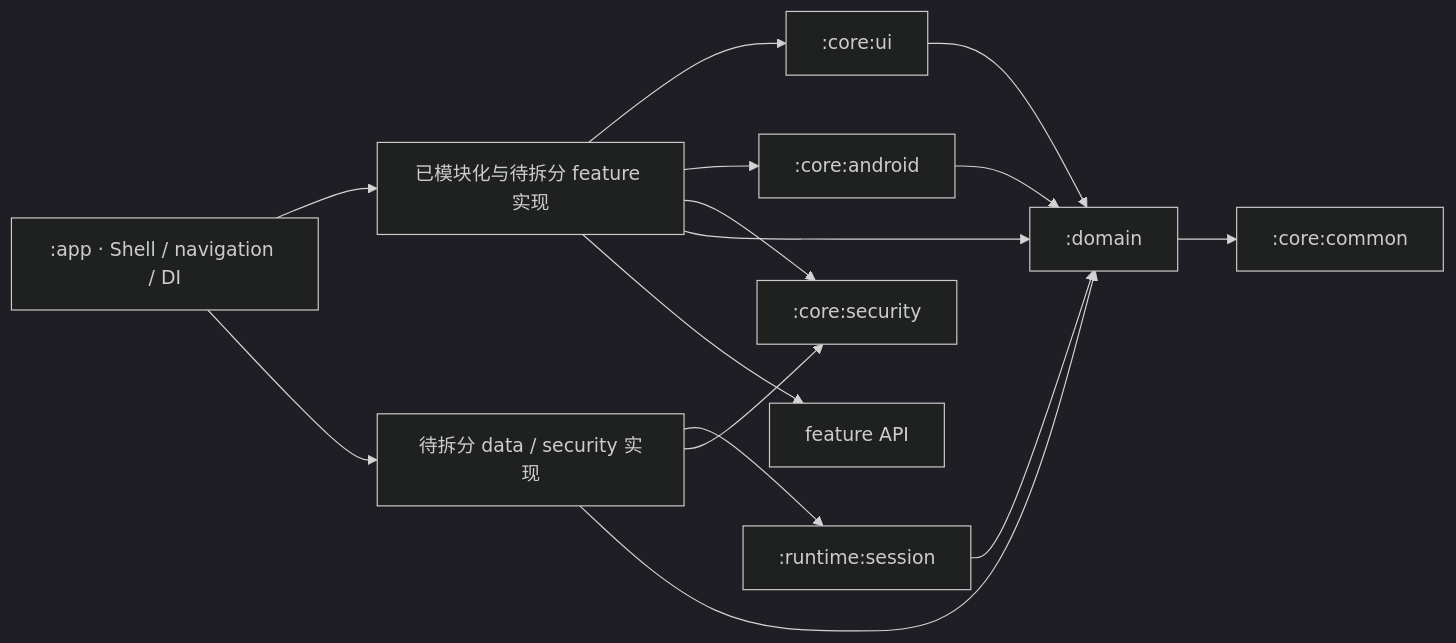
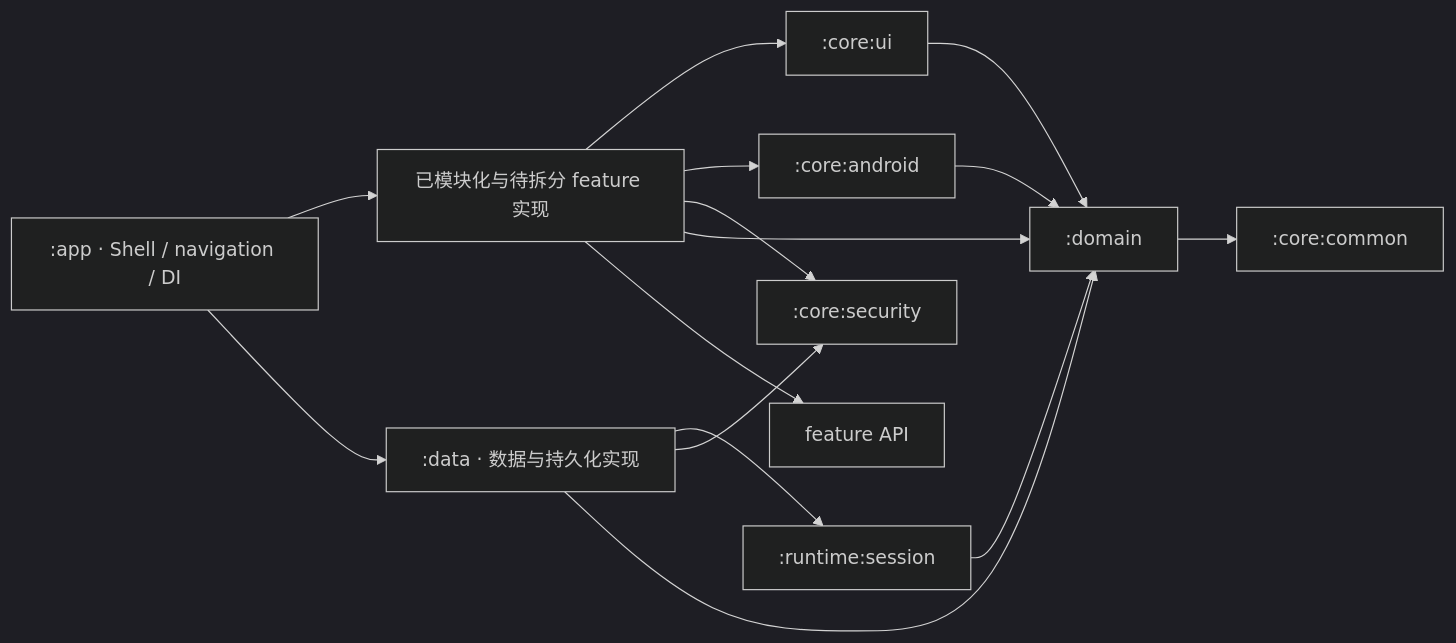
Before and after one commit to aozijx/Passly: the first of 2 diagrams in docs/architecture/overview.md, drawn with Mermaid (dark theme). The commit also changed other lines of this file and 211 other files, not shown here.

````diff
--- a/docs/architecture/overview.md
+++ b/docs/architecture/overview.md
@@ -22,17 +23,17 @@
 ```mermaid
 flowchart LR
     APP[":app · Shell / navigation / DI"] --> FEATURE["已模块化与待拆分 feature 实现"]
-    APP --> DATA["待拆分 data / security 实现"]
+    APP --> DATA[":data · 数据与持久化实现"]
     FEATURE --> UI[":core:ui"]
     FEATURE --> ANDROID[":core:android"]
     FEATURE --> SECURITY[":core:security"]
     FEATURE --> D[":domain"]
     FEATURE --> FEATURE_API["feature API"]
     DATA --> SESSION[":runtime:session"]
     DATA --> SECURITY
     DATA --> D
     UI --> D
     ANDROID --> D
     SESSION --> D
     D --> COMMON[":core:common"]
 ```
````
